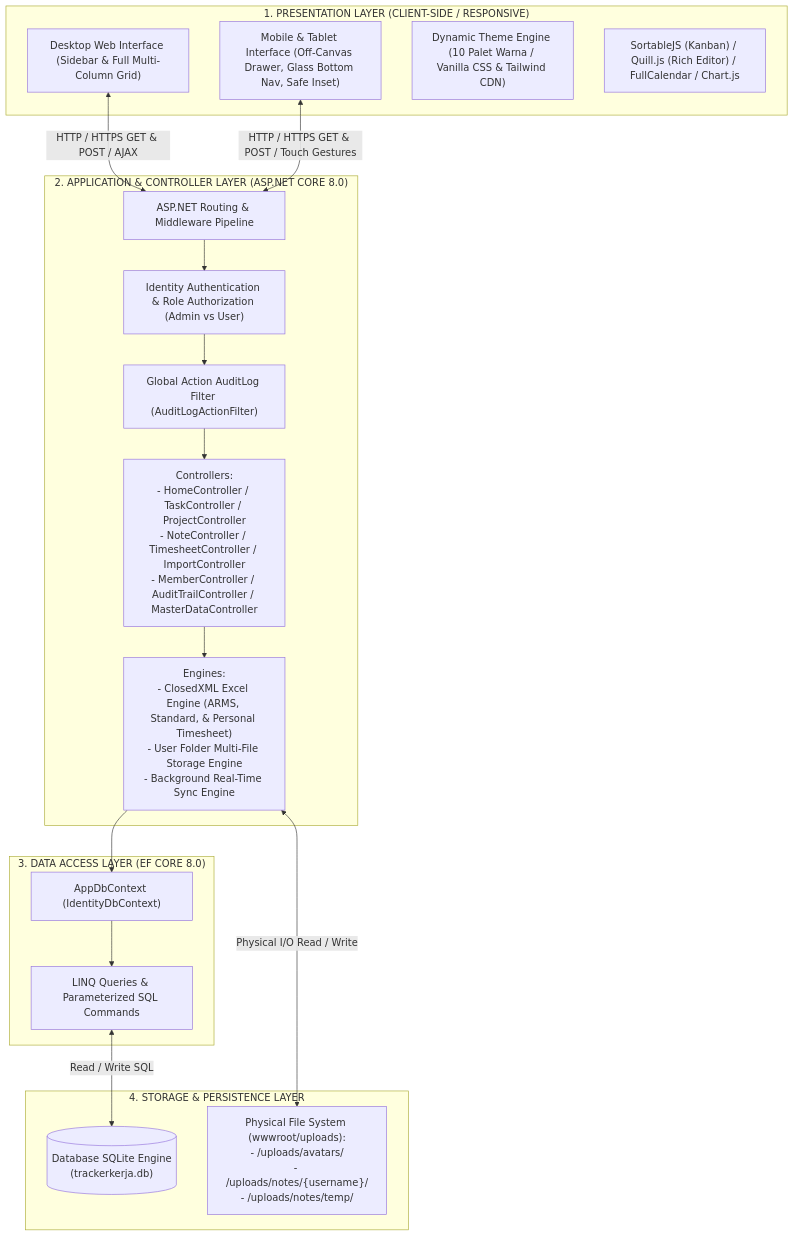
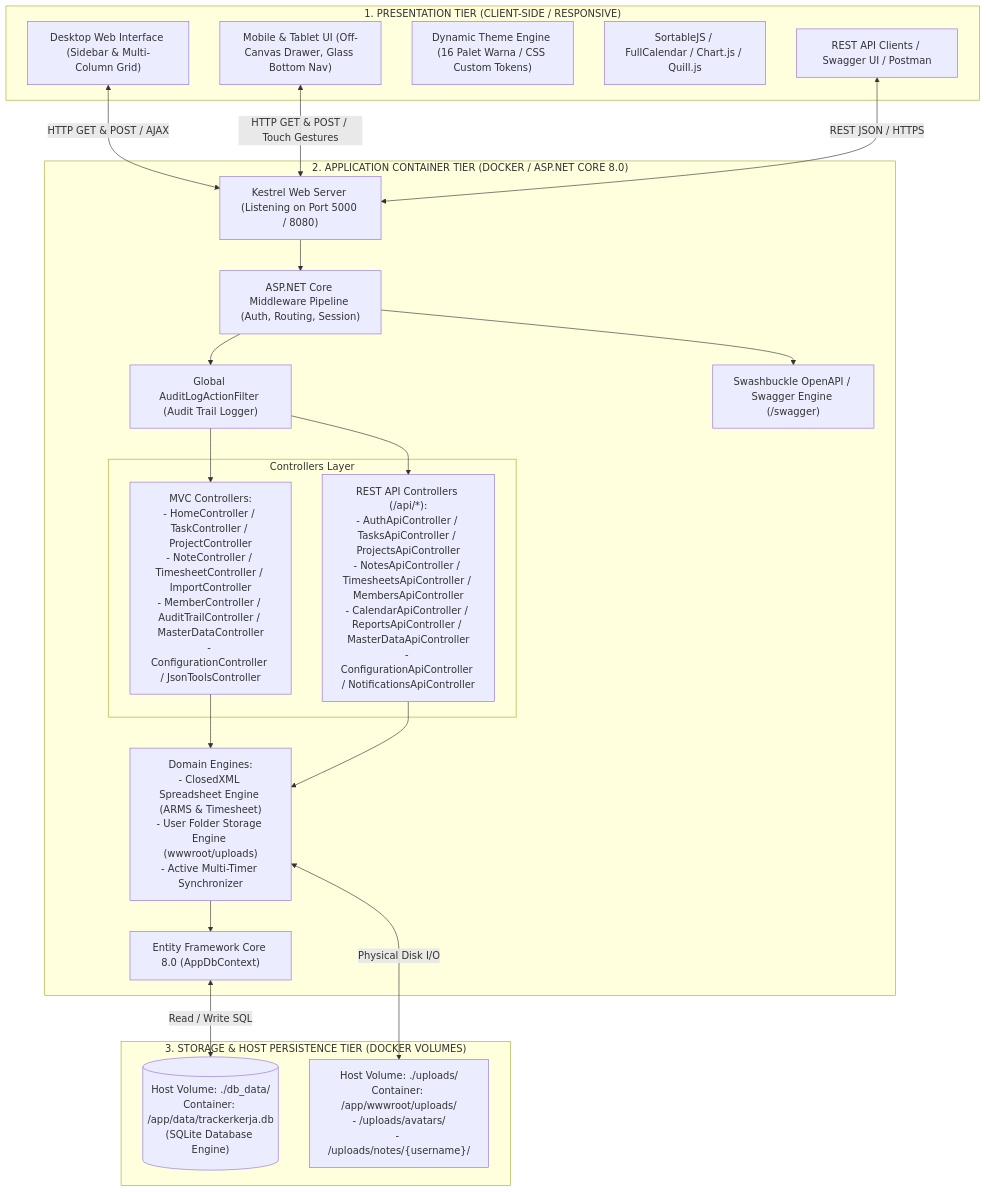
Before and after one commit to zhavick/TrackerKerja: the first of 2 diagrams in FSD_WORK_TRACKER_PRO.md, drawn with Mermaid. The commit also changed other lines of this file and 2 other files, not shown here.

Commit message:
docs: update FSD, README, and USER_GUIDE with Docker, GitHub, and REST API specifications

````diff
--- a/FSD_WORK_TRACKER_PRO.md
+++ b/FSD_WORK_TRACKER_PRO.md
@@ -59,38 +63,44 @@
 ```mermaid
 flowchart TB
-    subgraph ClientLayer["1. PRESENTATION LAYER (CLIENT-SIDE / RESPONSIVE)"]
-        UI_Desktop["Desktop Web Interface (Sidebar & Full Multi-Column Grid)"]
-        UI_Mobile["Mobile & Tablet Interface (Off-Canvas Drawer, Glass Bottom Nav, Safe Inset)"]
-        CSS_Engine["Dynamic Theme Engine (10 Palet Warna / Vanilla CSS & Tailwind CDN)"]
-        JS_Libs["SortableJS (Kanban) / Quill.js (Rich Editor) / FullCalendar / Chart.js"]
+    subgraph ClientTier["1. PRESENTATION TIER (CLIENT-SIDE / RESPONSIVE)"]
+        UI_Desktop["Desktop Web Interface (Sidebar & Multi-Column Grid)"]
+        UI_Mobile["Mobile & Tablet UI (Off-Canvas Drawer, Glass Bottom Nav)"]
+        CSS_Engine["Dynamic Theme Engine (16 Palet Warna / CSS Custom Tokens)"]
+        JS_Libs["SortableJS / FullCalendar / Chart.js / Quill.js"]
+        API_Consumers["REST API Clients / Swagger UI / Postman"]
     end
 
-    subgraph AppLayer["2. APPLICATION & CONTROLLER LAYER (ASP.NET CORE 8.0)"]
-        Router["ASP.NET Routing & Middleware Pipeline"]
-        AuthFilter["Identity Authentication & Role Authorization (Admin vs User)"]
-        AuditFilter["Global Action AuditLog Filter (AuditLogActionFilter)"]
-        Controllers["Controllers:\n- HomeController / TaskController / ProjectController\n- NoteController / TimesheetController / ImportController\n- MemberController / AuditTrailController / MasterDataController"]
-        Services["Engines:\n- ClosedXML Excel Engine (ARMS, Standard, & Personal Timesheet)\n- User Folder Multi-File Storage Engine\n- Background Real-Time Sync Engine"]
+    subgraph ContainerTier["2. APPLICATION CONTAINER TIER (DOCKER / ASP.NET CORE 8.0)"]
+        Kestrel["Kestrel Web Server (Listening on Port 5000 / 8080)"]
+        Pipeline["ASP.NET Core Middleware Pipeline (Auth, Routing, Session)"]
+        AuditFilter["Global AuditLogActionFilter (Audit Trail Logger)"]
+        
+        subgraph ControllersGroup["Controllers Layer"]
+            MVC_Controllers["MVC Controllers:\n- HomeController / TaskController / ProjectController\n- NoteController / TimesheetController / ImportController\n- MemberController / AuditTrailController / MasterDataController\n- ConfigurationController / JsonToolsController"]
+            API_Controllers["REST API Controllers (/api/*):\n- AuthApiController / TasksApiController / ProjectsApiController\n- NotesApiController / TimesheetsApiController / MembersApiController\n- CalendarApiController / ReportsApiController / MasterDataApiController\n- ConfigurationApiController / NotificationsApiController"]
+        end
+
+        SwaggerEngine["Swashbuckle OpenAPI / Swagger Engine (/swagger)"]
+        Services["Domain Engines:\n- ClosedXML Spreadsheet Engine (ARMS & Timesheet)\n- User Folder Storage Engine (wwwroot/uploads)\n- Active Multi-Timer Synchronizer"]
+        EFCore["Entity Framework Core 8.0 (AppDbContext)"]
     end
 
-    subgraph DataLayer["3. DATA ACCESS LAYER (EF CORE 8.0)"]
-        DbContext["AppDbContext (IdentityDbContext)"]
-        ORM["LINQ Queries & Parameterized SQL Commands"]
+    subgraph HostPersistence["3. STORAGE & HOST PERSISTENCE TIER (DOCKER VOLUMES)"]
+        DB_Volume[("Host Volume: ./db_data/\nContainer: /app/data/trackerkerja.db\n(SQLite Database Engine)")]
+        Upload_Volume["Host Volume: ./uploads/\nContainer: /app/wwwroot/uploads/\n- /uploads/avatars/\n- /uploads/notes/{username}/"]
     end
 
-    subgraph PersistenceLayer["4. STORAGE & PERSISTENCE LAYER"]
-        SQLite[("Database SQLite Engine\n(trackerkerja.db)")]
-        FileStorage["Physical File System (wwwroot/uploads):\n- /uploads/avatars/\n- /uploads/notes/{username}/\n- /uploads/notes/temp/"]
-    end
+    UI_Desktop <--> |HTTP GET & POST / AJAX| Kestrel
+    UI_Mobile <--> |HTTP GET & POST / Touch Gestures| Kestrel
+    API_Consumers <--> |REST JSON / HTTPS| Kestrel
 
-    UI_Desktop <--> |HTTP / HTTPS GET & POST / AJAX| Router
-    UI_Mobile <--> |HTTP / HTTPS GET & POST / Touch Gestures| Router
-    Router --> AuthFilter
-    AuthFilter --> AuditFilter
-    AuditFilter --> Controllers
-    Controllers --> Services
-    Services --> DbContext
-    DbContext --> ORM
-    ORM <--> |Read / Write SQL| SQLite
-    Services <--> |Physical I/O Read / Write| FileStorage
+    Kestrel --> Pipeline
+    Pipeline --> AuditFilter
+    AuditFilter --> MVC_Controllers & API_Controllers
+    Pipeline --> SwaggerEngine
+
+    MVC_Controllers & API_Controllers --> Services
+    Services --> EFCore
+    EFCore <--> |Read / Write SQL| DB_Volume
+    Services <--> |Physical Disk I/O| Upload_Volume
 ```
````
